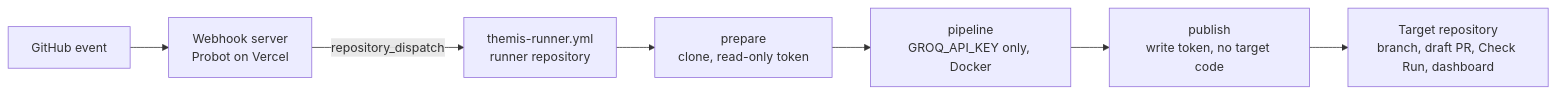
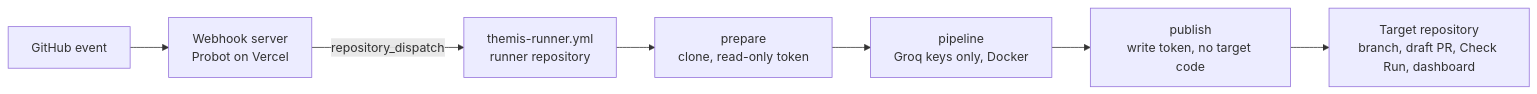
Before and after one commit to SatyamPandey-07/H26_UntrainedModels_THEMIS: the diagram in apps/github-app/README.md, drawn with Mermaid. The commit also changed other lines of this file and 3 other files, not shown here.

Commit message:
[feat] pass the Groq key list and fallback model to runner jobs and document them

````diff
--- a/apps/github-app/README.md
+++ b/apps/github-app/README.md
@@ -56,9 +56,9 @@
 ```mermaid
 flowchart LR
   GH[GitHub event] --> S[Webhook server<br/>Probot on Vercel]
   S -->|repository_dispatch| W[themis-runner.yml<br/>runner repository]
   W --> P[prepare<br/>clone, read-only token]
-  P --> L[pipeline<br/>GROQ_API_KEY only, Docker]
+  P --> L[pipeline<br/>Groq keys only, Docker]
   L --> U[publish<br/>write token, no target code]
   U --> T[Target repository<br/>branch, draft PR, Check Run, dashboard]
 ```
````
